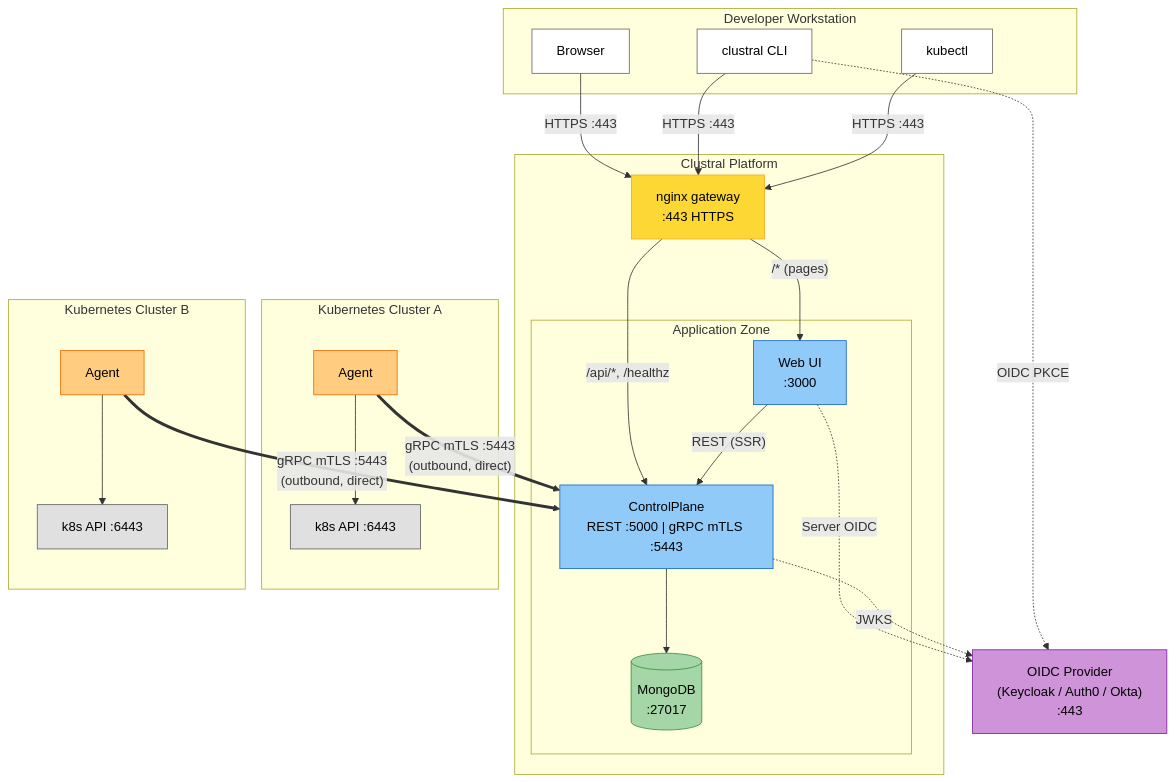
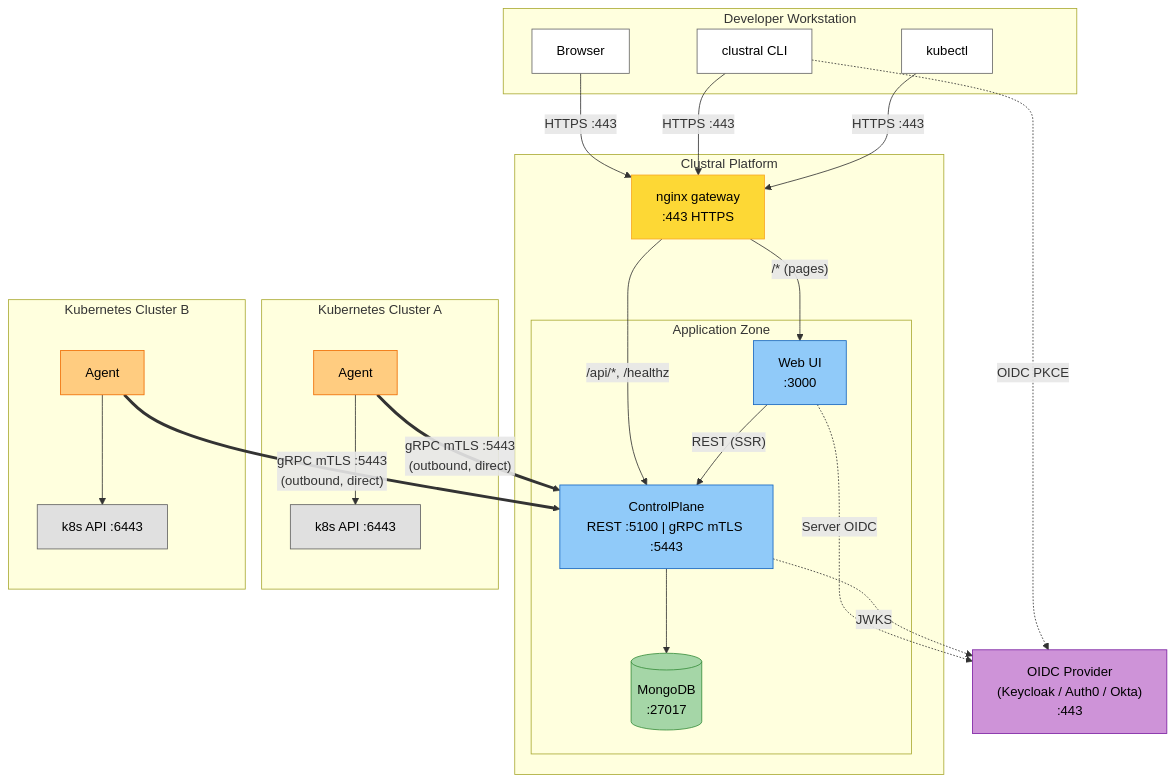
Before and after one commit to Clustral/clustral: the seventh of 14 diagrams in README.md, drawn with Mermaid. The commit also changed other lines of this file and 16 other files, not shown here.

````diff
--- a/README.md
+++ b/README.md
@@ -239,60 +239,60 @@
 ```mermaid
 flowchart TB
     subgraph clients ["Developer Workstation"]
         BROWSER["Browser"]
         CLI["clustral CLI"]
         KUBECTL["kubectl"]
     end
 
     OIDC["OIDC Provider\n(Keycloak / Auth0 / Okta)\n:443"]
 
     subgraph platform ["Clustral Platform"]
         NGX["nginx gateway\n:443 HTTPS"]
 
         subgraph app ["Application Zone"]
             WEB["Web UI\n:3000"]
-            CP["ControlPlane\nREST :5000 | gRPC mTLS :5443"]
+            CP["ControlPlane\nREST :5100 | gRPC mTLS :5443"]
             DB[("MongoDB\n:27017")]
         end
     end
 
     subgraph cluster_a ["Kubernetes Cluster A"]
         AGENT_A["Agent"]
         K8S_A["k8s API :6443"]
     end
 
     subgraph cluster_b ["Kubernetes Cluster B"]
         AGENT_B["Agent"]
         K8S_B["k8s API :6443"]
     end
 
     BROWSER -- "HTTPS :443" --> NGX
     CLI -- "HTTPS :443" --> NGX
     KUBECTL -- "HTTPS :443" --> NGX
     NGX -- "/api/*, /healthz" --> CP
     NGX -- "/* (pages)" --> WEB
     WEB -- "REST (SSR)" --> CP
     CP --> DB
 
     CLI -. "OIDC PKCE" .-> OIDC
     WEB -. "Server OIDC" .-> OIDC
     CP -. "JWKS" .-> OIDC
 
     AGENT_A == "gRPC mTLS :5443\n(outbound, direct)" ==> CP
     AGENT_B == "gRPC mTLS :5443\n(outbound, direct)" ==> CP
     AGENT_A --> K8S_A
     AGENT_B --> K8S_B
 
     style NGX fill:#fdd835,stroke:#f9a825,color:#000
     style OIDC fill:#ce93d8,stroke:#7b1fa2,color:#000
     style DB fill:#a5d6a7,stroke:#388e3c,color:#000
     style CP fill:#90caf9,stroke:#1565c0,color:#000
     style WEB fill:#90caf9,stroke:#1565c0,color:#000
     style AGENT_A fill:#ffcc80,stroke:#ef6c00,color:#000
     style AGENT_B fill:#ffcc80,stroke:#ef6c00,color:#000
     style K8S_A fill:#e0e0e0,stroke:#616161,color:#000
     style K8S_B fill:#e0e0e0,stroke:#616161,color:#000
     style BROWSER fill:#fff,stroke:#666,color:#000
     style CLI fill:#fff,stroke:#666,color:#000
     style KUBECTL fill:#fff,stroke:#666,color:#000
 ```
````
